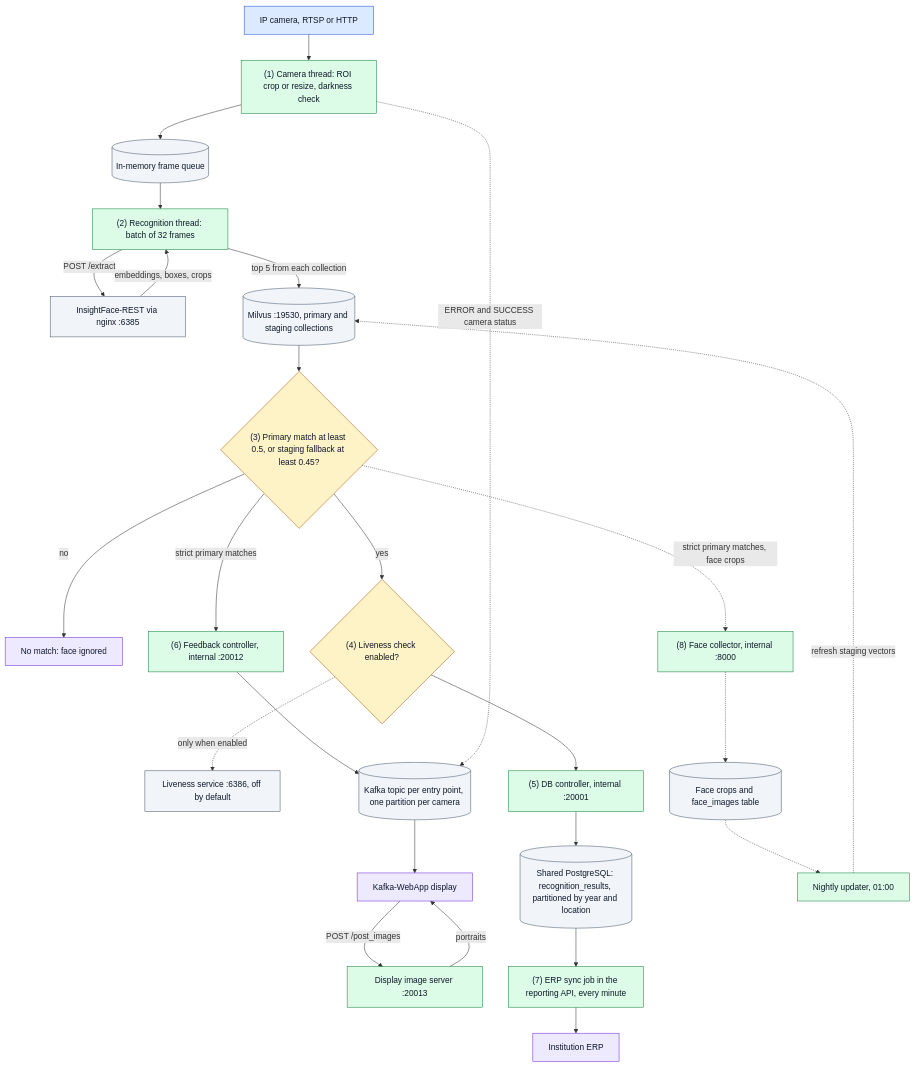
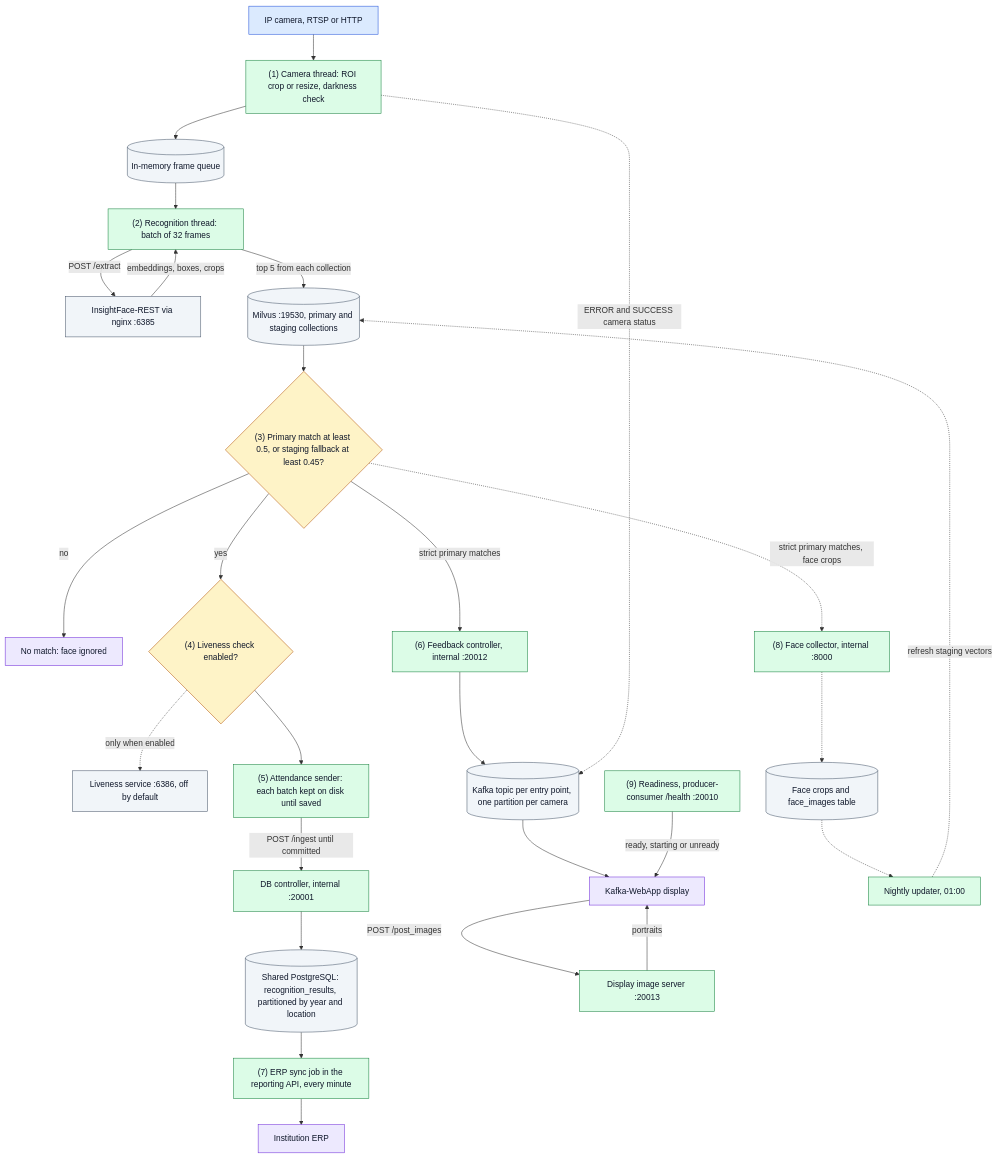
Before and after one commit to hamza-aziz-ai/CCTV-Face-Recognition-Attendance-System: the first of 2 diagrams in README.md, drawn with Mermaid. The commit also changed other lines of this file, not shown here.

````diff
--- a/README.md
+++ b/README.md
@@ -16,52 +16,56 @@
 ```mermaid
 flowchart TB
     CAM["`IP camera, RTSP or HTTP`"]:::entry
     PROD["`(1) Camera thread: ROI crop or resize, darkness check`"]:::step
     Q[("`In-memory frame queue`")]:::store
     CONS["`(2) Recognition thread: batch of 32 frames`"]:::step
     IFR["`InsightFace-REST via nginx :6385`"]:::store
     MV[("`Milvus :19530, primary and staging collections`")]:::store
     DEC{"`(3) Primary match at least 0.5, or staging fallback at least 0.45?`"}:::decision
     NOPE["`No match: face ignored`"]:::outcome
     LIVE{"`(4) Liveness check enabled?`"}:::decision
     LV["`Liveness service :6386, off by default`"]:::store
-    DBC["`(5) DB controller, internal :20001`"]:::step
+    SND["`(5) Attendance sender: each batch kept on disk until saved`"]:::step
+    DBC["`DB controller, internal :20001`"]:::step
     PG[("`Shared PostgreSQL: recognition_results, partitioned by year and location`")]:::store
     FBC["`(6) Feedback controller, internal :20012`"]:::step
     K[("`Kafka topic per entry point, one partition per camera`")]:::store
     KW["`Kafka-WebApp display`"]:::outcome
+    HEALTH["`(9) Readiness, producer-consumer /health :20010`"]:::step
     DISP["`Display image server :20013`"]:::step
     API["`(7) ERP sync job in the reporting API, every minute`"]:::step
     ERP["`Institution ERP`"]:::outcome
     COL["`(8) Face collector, internal :8000`"]:::step
     DYN[("`Face crops and face_images table`")]:::store
     UPD["`Nightly updater, 01:00`"]:::step
 
     CAM --> PROD --> Q --> CONS
     CONS -->|"`POST /extract`"| IFR
     IFR -->|"`embeddings, boxes, crops`"| CONS
     CONS -->|"`top 5 from each collection`"| MV
     MV --> DEC
     DEC -->|"`no`"| NOPE
     DEC -->|"`yes`"| LIVE
     LIVE -.->|"`only when enabled`"| LV
-    LIVE --> DBC
+    LIVE --> SND
+    SND -->|"`POST /ingest until committed`"| DBC
     DBC --> PG
     DEC -->|"`strict primary matches`"| FBC
     FBC --> K --> KW
     KW -->|"`POST /post_images`"| DISP
     DISP -->|"`portraits`"| KW
     PROD -.->|"`ERROR and SUCCESS camera status`"| K
     PG --> API --> ERP
     DEC -.->|"`strict primary matches, face crops`"| COL
     COL -.-> DYN
     DYN -.-> UPD
     UPD -.->|"`refresh staging vectors`"| MV
+    HEALTH -->|"`ready, starting or unready`"| KW
 
     classDef entry fill:#dbeafe,stroke:#1d4ed8,color:#0f172a
     classDef step fill:#dcfce7,stroke:#15803d,color:#0f172a
     classDef decision fill:#fef3c7,stroke:#b45309,color:#0f172a
     classDef outcome fill:#ede9fe,stroke:#6d28d9,color:#0f172a
     classDef error fill:#fee2e2,stroke:#b91c1c,color:#0f172a
     classDef store fill:#f1f5f9,stroke:#475569,color:#0f172a
 ```
````
